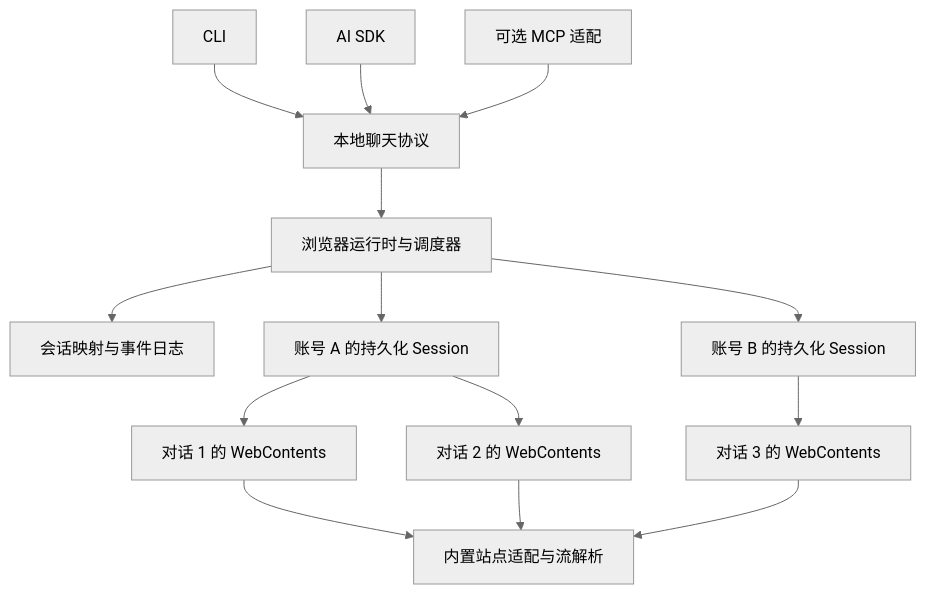
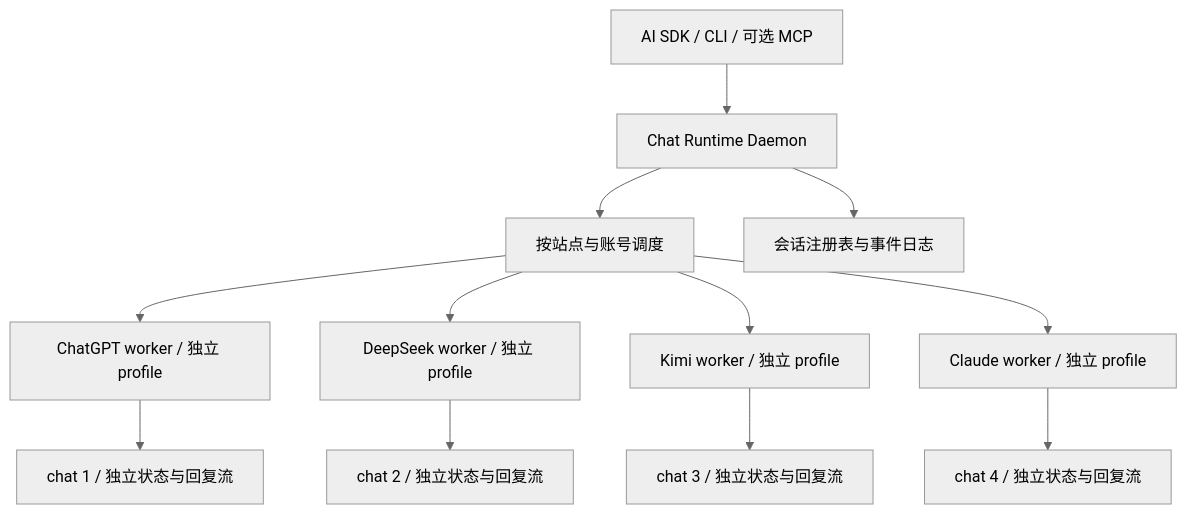
The diagram in claw/rfc/0042-chat-browser-runtime.md (lovemoon-ai/conductor), drawn with Mermaid (neutral theme) before and after one commit. The commit also changed other lines of this file, not shown here.

Commit message:
docs: prioritize parallel isolated multi-site chat runtime

````diff
--- a/claw/rfc/0042-chat-browser-runtime.md
+++ b/claw/rfc/0042-chat-browser-runtime.md
@@ -71,16 +71,14 @@
 ```mermaid
 flowchart TD
-  CLI[CLI] --> RPC[本地聊天协议]
-  SDK[AI SDK] --> RPC
-  MCP[可选 MCP 适配] --> RPC
-  RPC --> RT[浏览器运行时与调度器]
-  RT --> DB[会话映射与事件日志]
-  RT --> A[账号 A 的持久化 Session]
-  RT --> B[账号 B 的持久化 Session]
-  A --> C1[对话 1 的 WebContents]
-  A --> C2[对话 2 的 WebContents]
-  B --> C3[对话 3 的 WebContents]
-  C1 --> P[内置站点适配与流解析]
-  C2 --> P
-  C3 --> P
+  A[AI SDK / CLI / 可选 MCP] --> D[Chat Runtime Daemon]
+  D --> S[按站点与账号调度]
+  D --> L[会话注册表与事件日志]
+  S --> W1[ChatGPT worker / 独立 profile]
+  S --> W2[DeepSeek worker / 独立 profile]
+  S --> W3[Kimi worker / 独立 profile]
+  S --> W4[Claude worker / 独立 profile]
+  W1 --> C1[chat 1 / 独立状态与回复流]
+  W2 --> C2[chat 2 / 独立状态与回复流]
+  W3 --> C3[chat 3 / 独立状态与回复流]
+  W4 --> C4[chat 4 / 独立状态与回复流]
 ```
````
